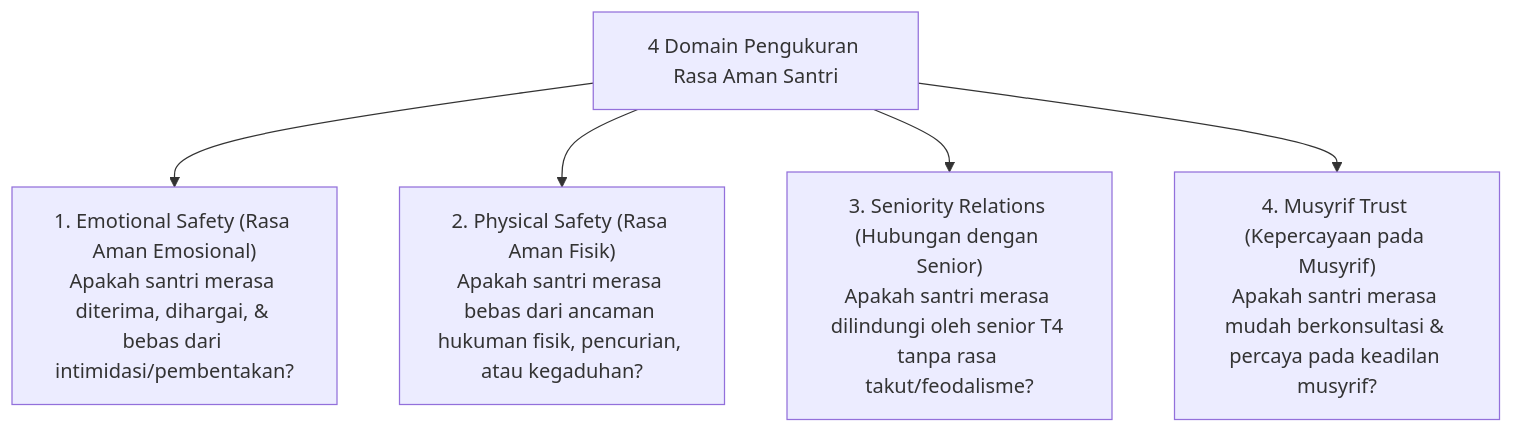
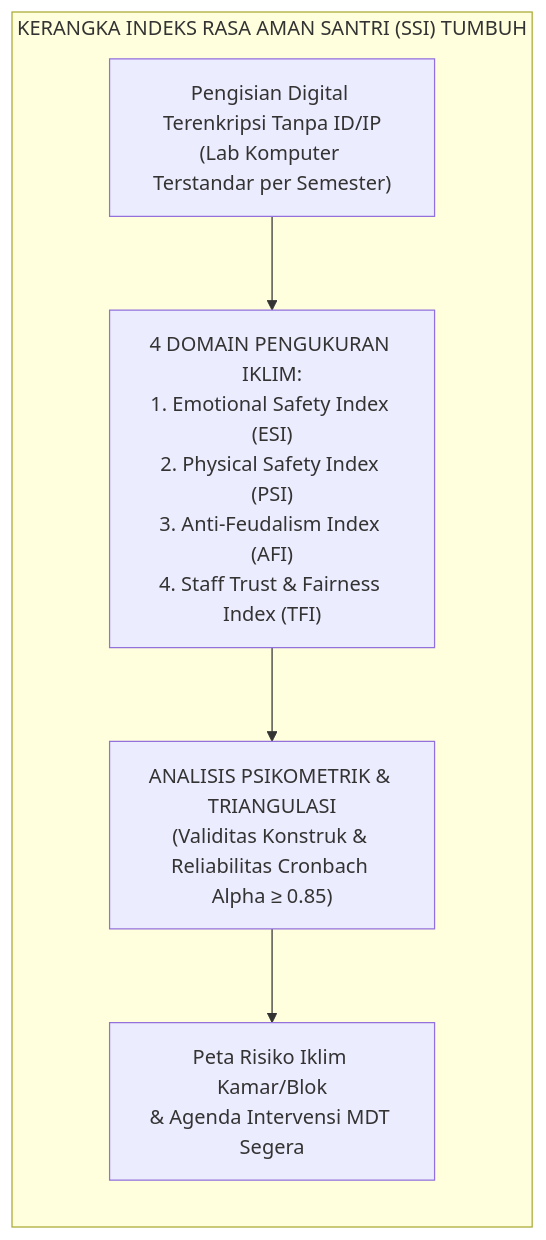
The first of 2 diagrams in 07 Implementation Framework/10 Evaluation/P7-10-03-Survei-Anonim-Kepuasan-dan-Rasa-Aman-Santri.md (wandiapriliyandi/tumbuh), drawn with Mermaid before and after one commit. The commit also changed other lines of this file and 3 other files, not shown here.

````diff
--- a/07 Implementation Framework/10 Evaluation/P7-10-03-Survei-Anonim-Kepuasan-dan-Rasa-Aman-Santri.md
+++ b/07 Implementation Framework/10 Evaluation/P7-10-03-Survei-Anonim-Kepuasan-dan-Rasa-Aman-Santri.md
@@ -14,8 +28,8 @@
 ```mermaid
-graph TD
-    SafetySurvei["4 Domain Pengukuran Rasa Aman Santri"]
-    SafetySurvei --> D1["1. Emotional Safety (Rasa Aman Emosional)<br/>Apakah santri merasa diterima, dihargai, & bebas dari intimidasi/pembentakan?"]
-    SafetySurvei --> D2["2. Physical Safety (Rasa Aman Fisik)<br/>Apakah santri merasa bebas dari ancaman hukuman fisik, pencurian, atau kegaduhan?"]
-    SafetySurvei --> D3["3. Seniority Relations (Hubungan dengan Senior)<br/>Apakah santri merasa dilindungi oleh senior T4 tanpa rasa takut/feodalisme?"]
-    SafetySurvei --> D4["4. Musyrif Trust (Kepercayaan pada Musyrif)<br/>Apakah santri merasa mudah berkonsultasi & percaya pada keadilan musyrif?"]
+flowchart LR
+    subgraph SSIMeasurement["KERANGKA INDEKS RASA AMAN SANTRI (SSI) TUMBUH"]
+        Input["Pengisian Digital Terenkripsi Tanpa ID/IP<br/>(Lab Komputer Terstandar per Semester)"] --> Dimensions["4 DOMAIN PENGUKURAN IKLIM:<br/>1. Emotional Safety Index (ESI)<br/>2. Physical Safety Index (PSI)<br/>3. Anti-Feudalism Index (AFI)<br/>4. Staff Trust & Fairness Index (TFI)"]
+        Dimensions --> Engine["ANALISIS PSIKOMETRIK & TRIANGULASI<br/>(Validitas Konstruk & Reliabilitas Cronbach Alpha ≥ 0.85)"]
+        Engine --> Output["Peta Risiko Iklim Kamar/Blok<br/>& Agenda Intervensi MDT Segera"]
+    end
 ```
````
